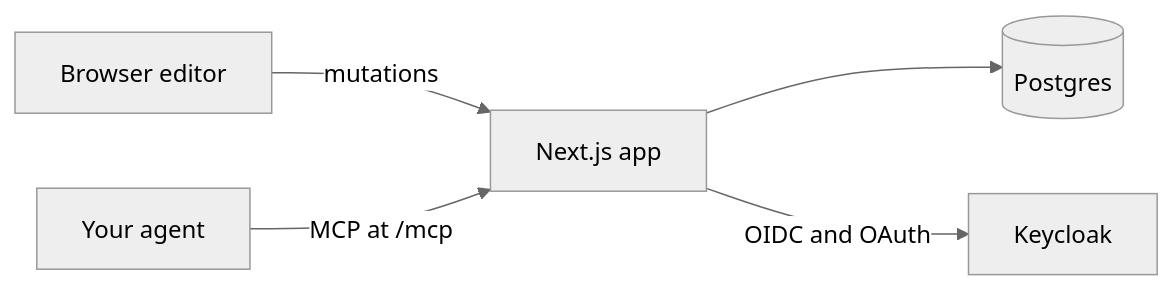
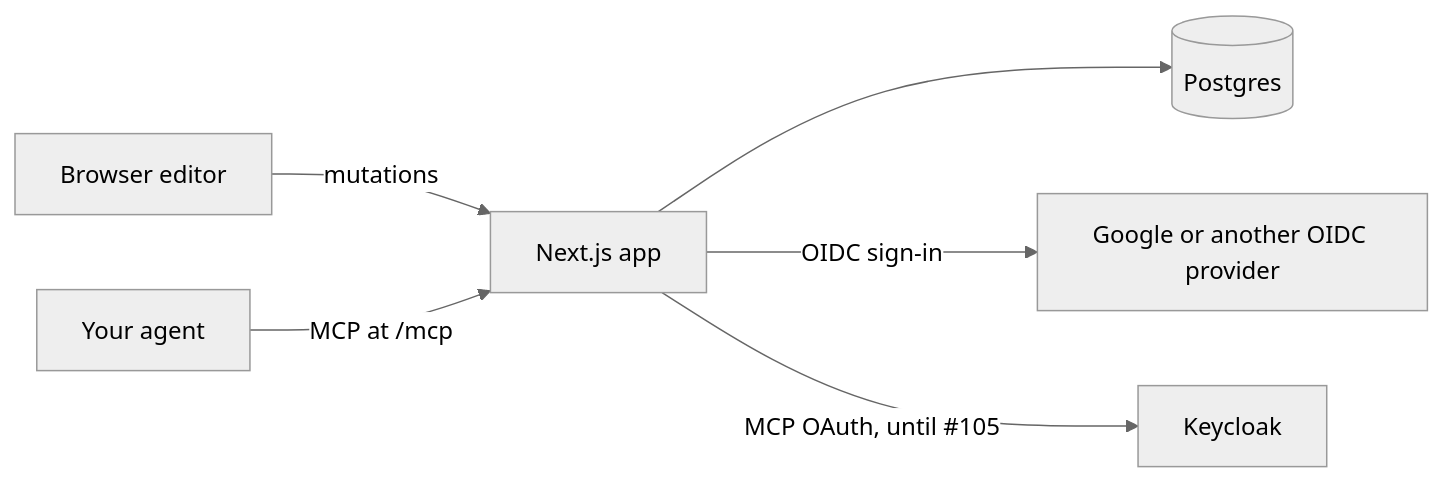
One commit to zyx1121/slide changed the diagram in README.md. Above: the diagram before and after it, drawn with Mermaid (neutral theme). The commit also changed other lines of this file and 15 other files, not shown here.

First line of the commit message:
feat: sign in with any OpenID Connect provider, behind an email allowlist (#112)

````diff
--- a/README.md
+++ b/README.md
@@ -82,7 +83,8 @@
 ```mermaid
 flowchart LR
   E[Browser editor] -->|mutations| A[Next.js app]
   G[Your agent] -->|MCP at /mcp| A
   A --> D[(Postgres)]
-  A -->|OIDC and OAuth| K[Keycloak]
+  A -->|OIDC sign-in| O[Google or another OIDC provider]
+  A -->|MCP OAuth, until #105| K[Keycloak]
 ```
````
